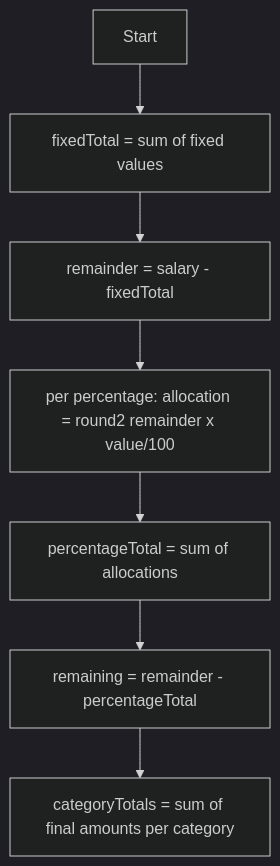
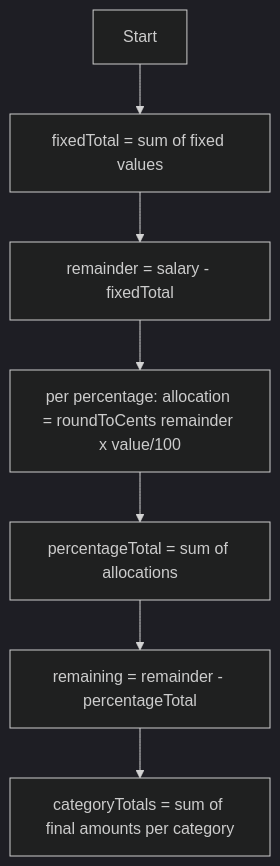
One commit to bosi-programming/Finance changed the first of 3 diagrams in docs/business-rules/budget-domain-model.md. Above: the diagram before and after it, drawn with Mermaid (dark theme). The commit also changed 2 other files, not shown here.

Commit message:
docs(BOS-21): result states, Toast & rounding rules

````diff
--- a/docs/business-rules/budget-domain-model.md
+++ b/docs/business-rules/budget-domain-model.md
@@ -7,9 +7,9 @@
 ```mermaid
 flowchart TD
     A[Start] --> B[fixedTotal = sum of fixed values]
     B --> C[remainder = salary - fixedTotal]
-    C --> D[per percentage: allocation = round2 remainder x value/100]
+    C --> D[per percentage: allocation = roundToCents remainder x value/100]
     D --> E[percentageTotal = sum of allocations]
     E --> F[remaining = remainder - percentageTotal]
     F --> G[categoryTotals = sum of final amounts per category]
 ```
````
